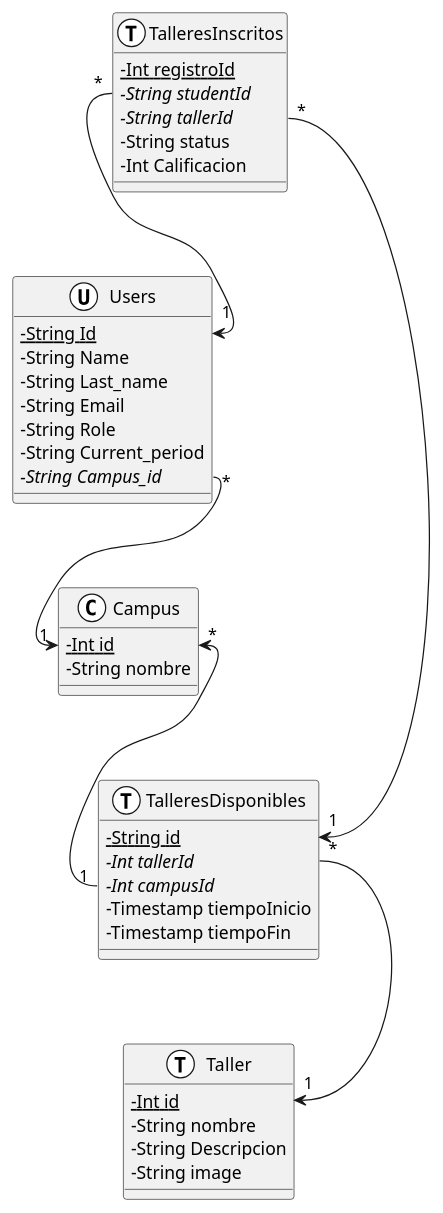
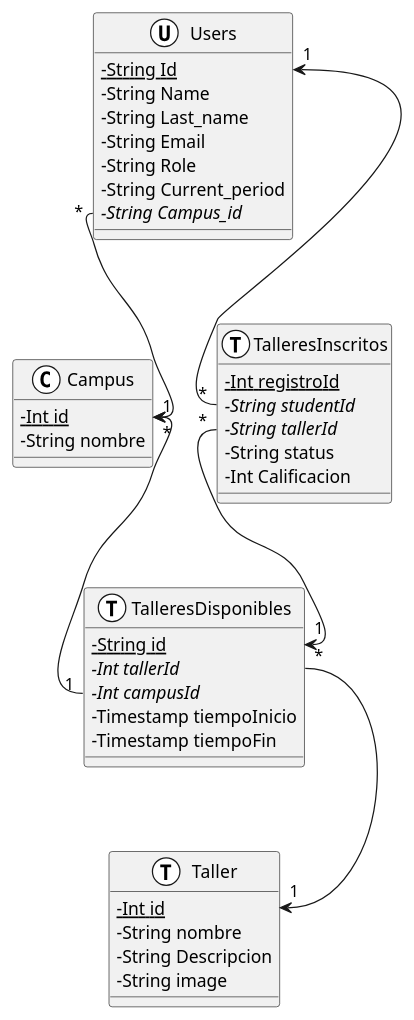
Before and after one commit to facund015/codeRelatedObsidianNotes: the diagram in Reto/Base de datos.md, drawn with PlantUML. The commit also changed 1 other file, not shown here.

Commit message:
vault backup: 2021-12-01 18:02:03

````diff
--- a/Reto/Base de datos.md
+++ b/Reto/Base de datos.md
@@ -2,50 +2,50 @@
 ```plantuml
 @startuml
 skinparam classAttributeIconSize 0
 
 class Users <<(U,white)>> {
 	-{static} String Id
 	-String Name
 	-String Last_name
 	-String Email
 	-String Role
 	-String Current_period
 	{abstract} -String Campus_id
 }
 
 class Campus <<(C,white)>> {
 	{static} -Int id
 	-String nombre
 }
 
 class Taller <<(T,white)>> {
     {static} -Int id 
     - String nombre
 	- String Descripcion
     - String image
 }
 class TalleresDisponibles <<(T, white)>> {
 	{static} -String id
 	{abstract} -Int tallerId
 	{abstract} -Int campusId
 	-Timestamp tiempoInicio
 	-Timestamp tiempoFin
 }
 class TalleresInscritos <<(T,white)>> {
 	{static} -Int registroId 
 	{abstract} -String studentId
 	{abstract} -String tallerId
 	-String status
 	-Int Calificacion
 }
 
-
-TalleresInscritos::studentId "*" --> "1" Users::Id
+Users::Id "1" <-- "*" TalleresInscritos::studentId
+Users::Campus_id "*" --> "1" Campus::id
 TalleresInscritos::tallerId "*" --> "1" TalleresDisponibles::id
 TalleresDisponibles::tallerId "*" --> "1" Taller::id
 Campus::id "*" <-- "1" TalleresDisponibles::campusId
-Users::Campus_id "*" --> "1" Campus::id
+
 
 
 @enduml
 ```
````
